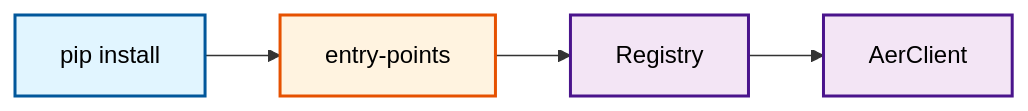
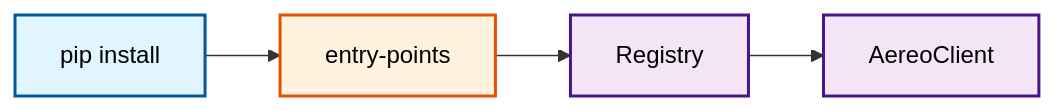
The fourth of 7 diagrams in docs/aer-architecture-visualization.md (frandorr/aereo), drawn with Mermaid before and after one commit. The commit also changed other lines of this file and 17 other files, not shown here.

````diff
--- a/docs/aer-architecture-visualization.md
+++ b/docs/aer-architecture-visualization.md
@@ -85,15 +85,15 @@
 ```mermaid
 flowchart LR
     classDef entry fill:#e1f5ff,stroke:#01579b,stroke-width:2px,color:#000
     classDef data fill:#fff3e0,stroke:#e65100,stroke-width:2px,color:#000
     classDef core fill:#f3e5f5,stroke:#4a148c,stroke-width:2px,color:#000
 
     PIP["pip install"]:::entry
     EP["entry-points"]:::data
     REG["Registry"]:::core
-    USE["AerClient"]:::core
+    USE["AereoClient"]:::core
 
     PIP --> EP
     EP --> REG
     REG --> USE
 ```
````
